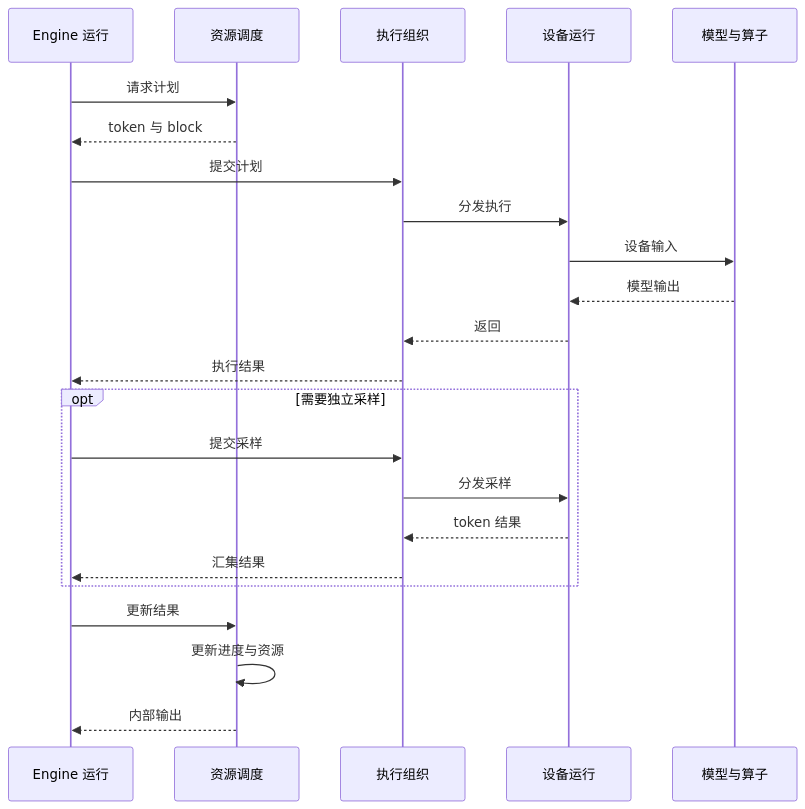
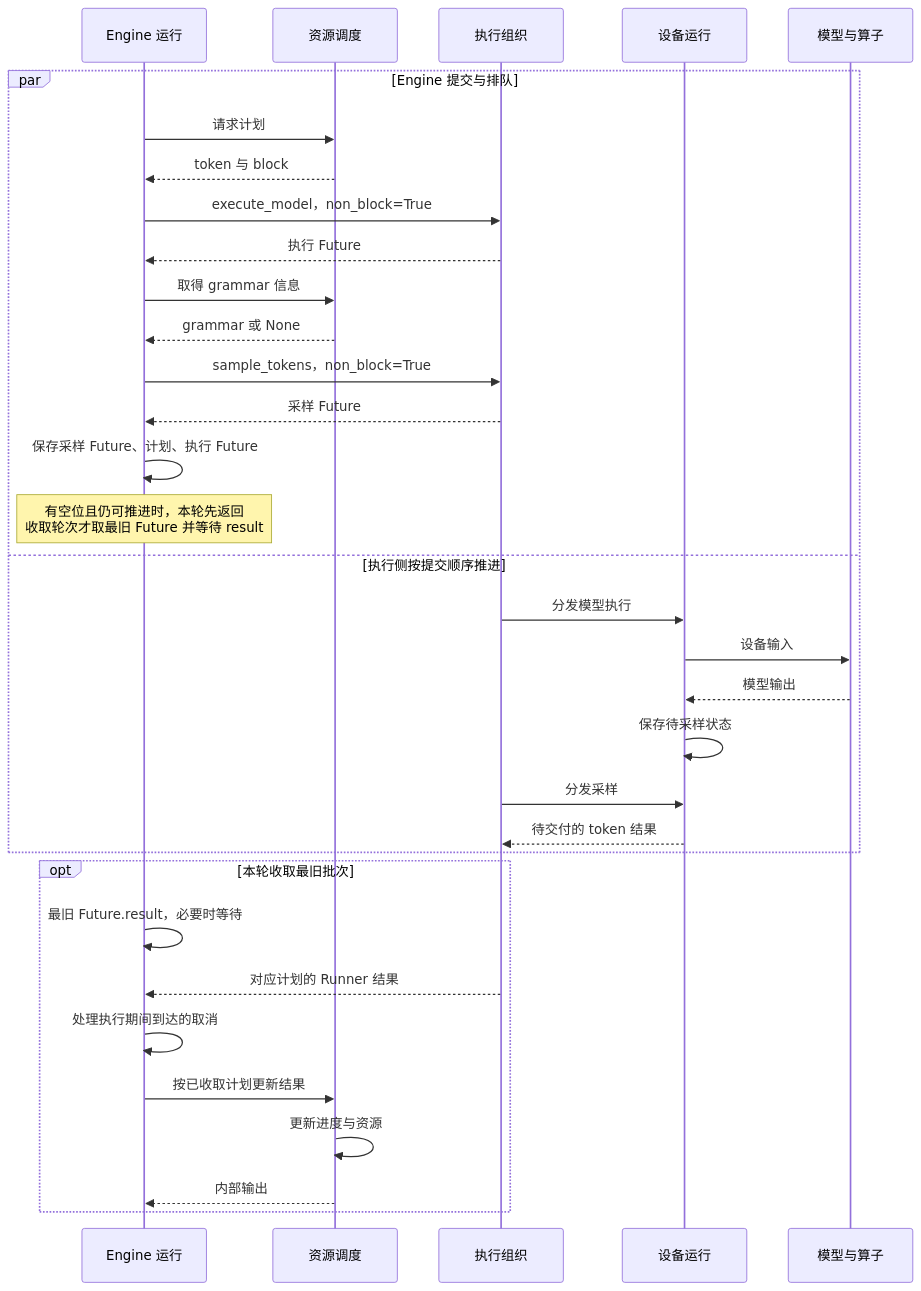
One commit to suhaibo666/llm-knowledge changed the third of 18 diagrams in wiki/02_engineering/03_infer_frameworks/vllm/02_vllm_architecture_overview_analysis.md. Above: the diagram before and after it, drawn with Mermaid. The commit also changed other lines of this file and 59 other files, not shown here.

````diff
--- a/wiki/02_engineering/03_infer_frameworks/vllm/02_vllm_architecture_overview_analysis.md
+++ b/wiki/02_engineering/03_infer_frameworks/vllm/02_vllm_architecture_overview_analysis.md
@@ -201,25 +210,35 @@
 ```mermaid
 sequenceDiagram
     participant E as Engine 运行
     participant S as 资源调度
     participant X as 执行组织
     participant R as 设备运行
     participant M as 模型与算子
-    E->>S: 请求计划
-    S-->>E: token 与 block
-    E->>X: 提交计划
-    X->>R: 分发执行
-    R->>M: 设备输入
-    M-->>R: 模型输出
-    R-->>X: 返回
-    X-->>E: 执行结果
-    opt 需要独立采样
-        E->>X: 提交采样
+    par Engine 提交与排队
+        E->>S: 请求计划
+        S-->>E: token 与 block
+        E->>X: execute_model，non_block=True
+        X-->>E: 执行 Future
+        E->>S: 取得 grammar 信息
+        S-->>E: grammar 或 None
+        E->>X: sample_tokens，non_block=True
+        X-->>E: 采样 Future
+        E->>E: 保存采样 Future、计划、执行 Future
+        Note over E: 有空位且仍可推进时，本轮先返回<br/>收取轮次才取最旧 Future 并等待 result
+    and 执行侧按提交顺序推进
+        X->>R: 分发模型执行
+        R->>M: 设备输入
+        M-->>R: 模型输出
+        R->>R: 保存待采样状态
         X->>R: 分发采样
-        R-->>X: token 结果
-        X-->>E: 汇集结果
+        R-->>X: 待交付的 token 结果
     end
-    E->>S: 更新结果
-    S->>S: 更新进度与资源
-    S-->>E: 内部输出
+    opt 本轮收取最旧批次
+        E->>E: 最旧 Future.result，必要时等待
+        X-->>E: 对应计划的 Runner 结果
+        E->>E: 处理执行期间到达的取消
+        E->>S: 按已收取计划更新结果
+        S->>S: 更新进度与资源
+        S-->>E: 内部输出
+    end
 ```
````
